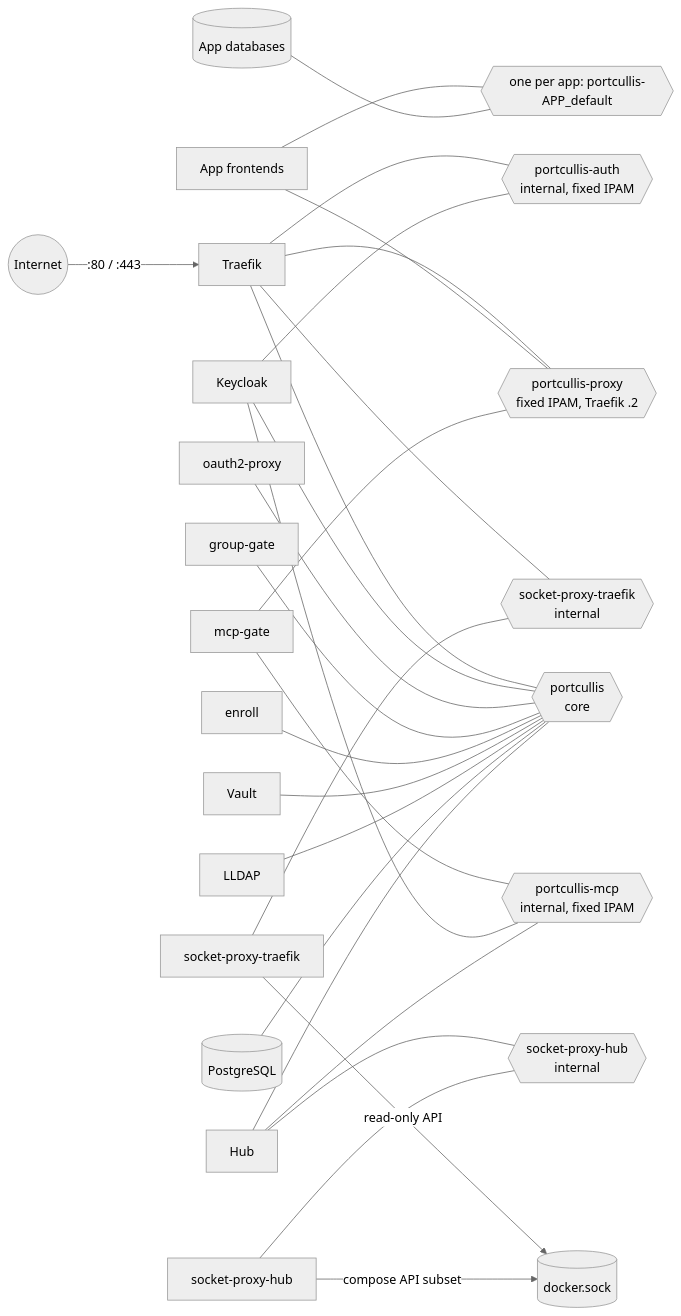
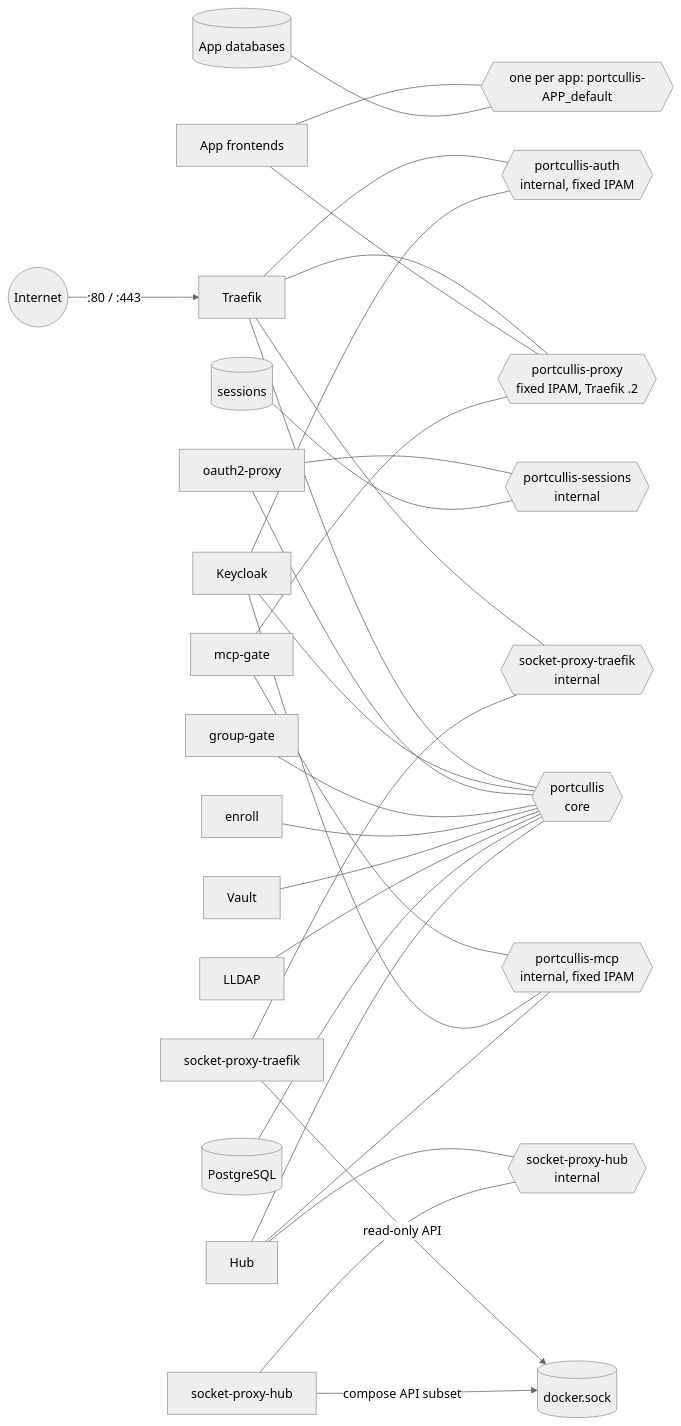
The diagram in docs/operations/hardening.md (porelli/portcullis-docs), drawn with Mermaid (neutral theme) before and after one commit. The commit also changed other lines of this file and 4 other files, not shown here.

Commit message:
docs: the forward-auth session store (sessions, Valkey): hardening table, network, ACL, secrets; architecture; cli init/up/upgrade; testing; contract §5 forward-auth sessions

````diff
--- a/docs/operations/hardening.md
+++ b/docs/operations/hardening.md
@@ -110,37 +111,40 @@
 ```mermaid
 graph LR
     Internet((Internet)) -->|:80 / :443| T[Traefik]
 
     NP{{portcullis-proxy<br/>fixed IPAM, Traefik .2}}
     NA{{portcullis-auth<br/>internal, fixed IPAM}}
     NC{{portcullis<br/>core}}
     NST{{socket-proxy-traefik<br/>internal}}
     NSH{{socket-proxy-hub<br/>internal}}
 
     T --- NP
     T --- NA
     T --- NC
     T --- NST
     Apps[App frontends] --- NP
     Apps --- AppNet{{one per app: portcullis-APP_default}}
     AppDB[(App databases)] --- AppNet
     KC[Keycloak] --- NA
     KC --- NC
     O2[oauth2-proxy] --- NC
+    NSS{{portcullis-sessions<br/>internal}}
+    O2 --- NSS
+    SS[(sessions)] --- NSS
     GG[group-gate] --- NC
     En[enroll] --- NC
     V[Vault] --- NC
     LL[LLDAP] --- NC
     PG[(PostgreSQL)] --- NC
     Hub --- NC
     Hub --- NSH
     NM{{portcullis-mcp<br/>internal, fixed IPAM}}
     MG[mcp-gate] --- NM
     MG --- NP
     KC --- NM
     Hub --- NM
     SPT[socket-proxy-traefik] --- NST
     SPH[socket-proxy-hub] --- NSH
     SPT -->|read-only API| Sock[(docker.sock)]
     SPH -->|compose API subset| Sock
 ```
````
